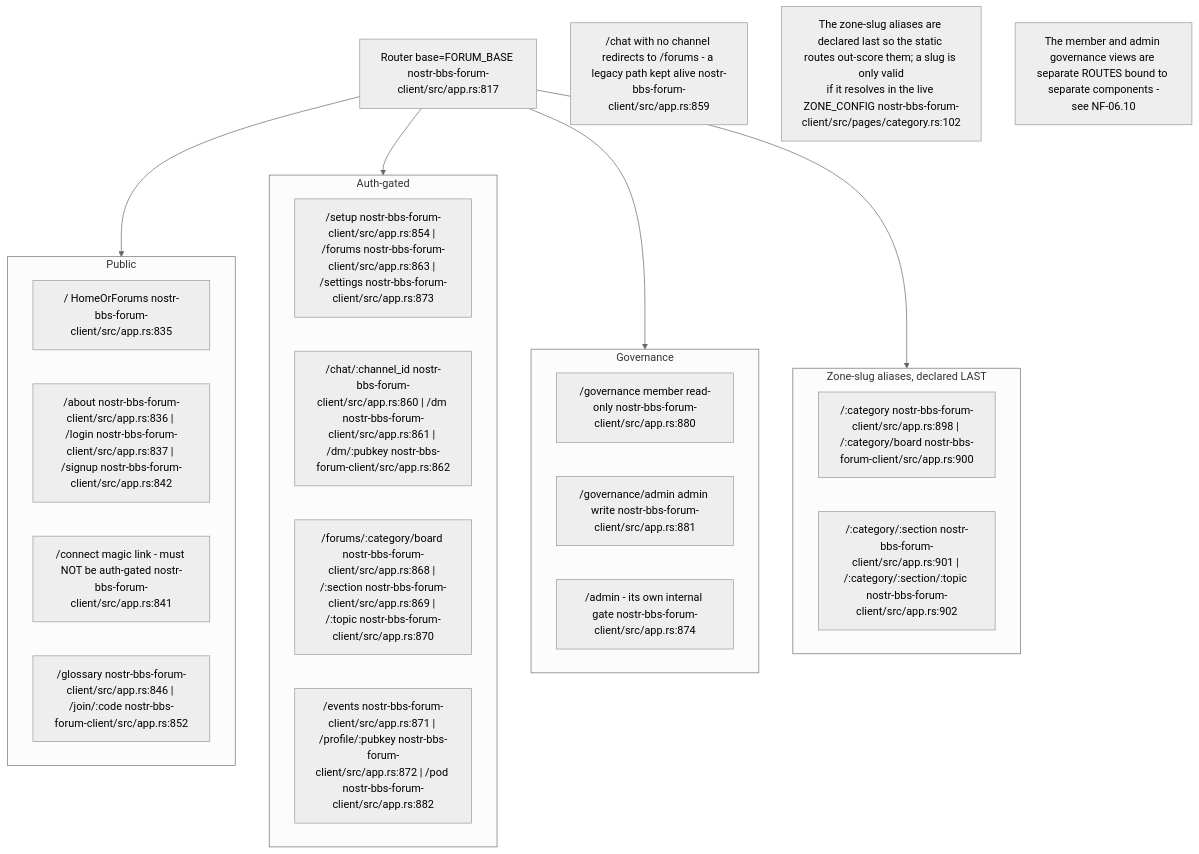
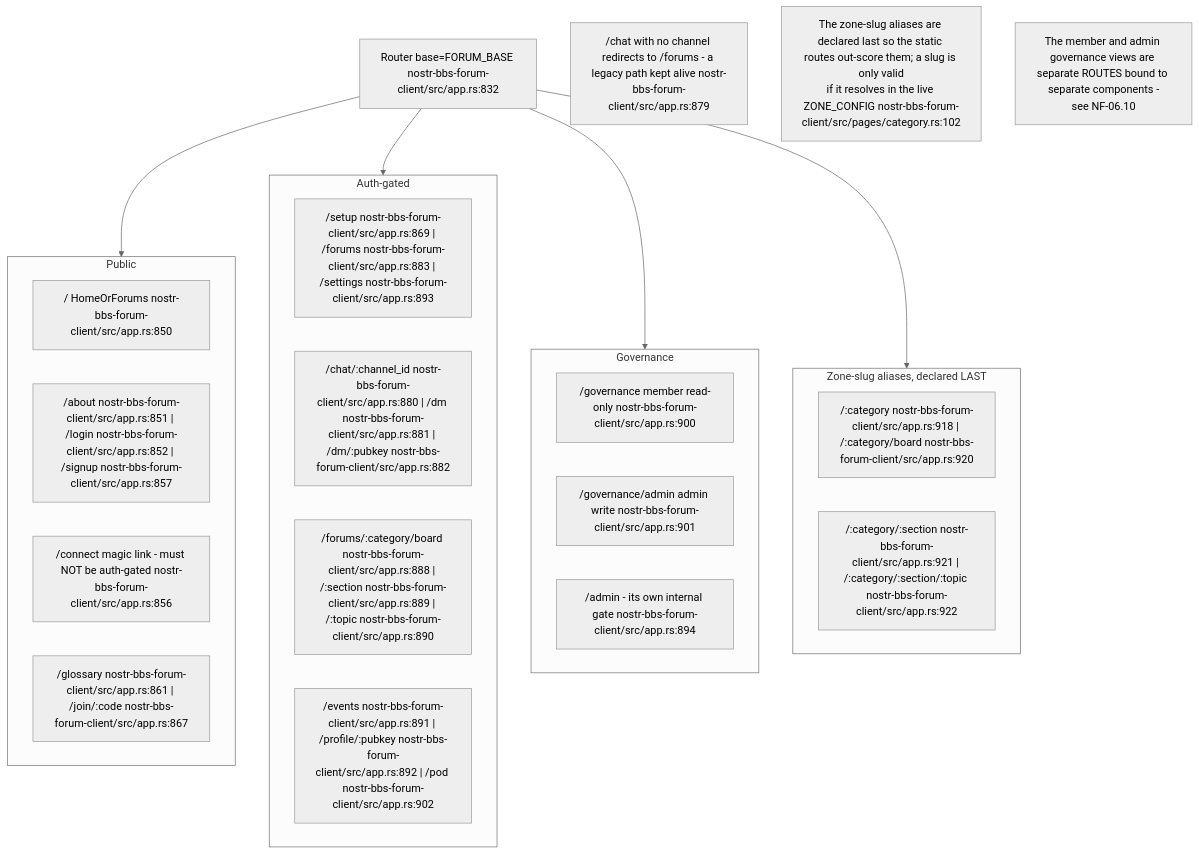
One commit to DreamLab-AI/VisionFlow changed the second of 14 diagrams in docs/diagrams/nostr-rust-forum/05-leptos-clients-onboarding-messaging-governance.md. Above: the diagram before and after it, drawn with Mermaid (neutral theme). The commit also changed other lines of this file and 11 other files, not shown here.

````diff
--- a/docs/diagrams/nostr-rust-forum/05-leptos-clients-onboarding-messaging-governance.md
+++ b/docs/diagrams/nostr-rust-forum/05-leptos-clients-onboarding-messaging-governance.md
@@ -85,30 +88,30 @@
 ```mermaid
 flowchart TB
     subgraph pubroutes["Public"]
-        R1["/ HomeOrForums nostr-bbs-forum-client/src/app.rs:835"]
-        R2["/about nostr-bbs-forum-client/src/app.rs:836 | /login nostr-bbs-forum-client/src/app.rs:837 | /signup nostr-bbs-forum-client/src/app.rs:842"]
-        R3["/connect magic link - must NOT be auth-gated nostr-bbs-forum-client/src/app.rs:841"]
-        R4["/glossary nostr-bbs-forum-client/src/app.rs:846 | /join/:code nostr-bbs-forum-client/src/app.rs:852"]
+        R1["/ HomeOrForums nostr-bbs-forum-client/src/app.rs:850"]
+        R2["/about nostr-bbs-forum-client/src/app.rs:851 | /login nostr-bbs-forum-client/src/app.rs:852 | /signup nostr-bbs-forum-client/src/app.rs:857"]
+        R3["/connect magic link - must NOT be auth-gated nostr-bbs-forum-client/src/app.rs:856"]
+        R4["/glossary nostr-bbs-forum-client/src/app.rs:861 | /join/:code nostr-bbs-forum-client/src/app.rs:867"]
     end
     subgraph authed["Auth-gated"]
-        R5["/setup nostr-bbs-forum-client/src/app.rs:854 | /forums nostr-bbs-forum-client/src/app.rs:863 | /settings nostr-bbs-forum-client/src/app.rs:873"]
-        R6["/chat/:channel_id nostr-bbs-forum-client/src/app.rs:860 | /dm nostr-bbs-forum-client/src/app.rs:861 | /dm/:pubkey nostr-bbs-forum-client/src/app.rs:862"]
-        R7["/forums/:category/board nostr-bbs-forum-client/src/app.rs:868 | /:section nostr-bbs-forum-client/src/app.rs:869 | /:topic nostr-bbs-forum-client/src/app.rs:870"]
-        R8["/events nostr-bbs-forum-client/src/app.rs:871 | /profile/:pubkey nostr-bbs-forum-client/src/app.rs:872 | /pod nostr-bbs-forum-client/src/app.rs:882"]
+        R5["/setup nostr-bbs-forum-client/src/app.rs:869 | /forums nostr-bbs-forum-client/src/app.rs:883 | /settings nostr-bbs-forum-client/src/app.rs:893"]
+        R6["/chat/:channel_id nostr-bbs-forum-client/src/app.rs:880 | /dm nostr-bbs-forum-client/src/app.rs:881 | /dm/:pubkey nostr-bbs-forum-client/src/app.rs:882"]
+        R7["/forums/:category/board nostr-bbs-forum-client/src/app.rs:888 | /:section nostr-bbs-forum-client/src/app.rs:889 | /:topic nostr-bbs-forum-client/src/app.rs:890"]
+        R8["/events nostr-bbs-forum-client/src/app.rs:891 | /profile/:pubkey nostr-bbs-forum-client/src/app.rs:892 | /pod nostr-bbs-forum-client/src/app.rs:902"]
     end
     subgraph gov["Governance"]
-        R9["/governance member read-only nostr-bbs-forum-client/src/app.rs:880"]
-        R10["/governance/admin admin write nostr-bbs-forum-client/src/app.rs:881"]
-        R11["/admin - its own internal gate nostr-bbs-forum-client/src/app.rs:874"]
+        R9["/governance member read-only nostr-bbs-forum-client/src/app.rs:900"]
+        R10["/governance/admin admin write nostr-bbs-forum-client/src/app.rs:901"]
+        R11["/admin - its own internal gate nostr-bbs-forum-client/src/app.rs:894"]
     end
     subgraph zonealias["Zone-slug aliases, declared LAST"]
-        R12["/:category nostr-bbs-forum-client/src/app.rs:898 | /:category/board nostr-bbs-forum-client/src/app.rs:900"]
-        R13["/:category/:section nostr-bbs-forum-client/src/app.rs:901 | /:category/:section/:topic nostr-bbs-forum-client/src/app.rs:902"]
+        R12["/:category nostr-bbs-forum-client/src/app.rs:918 | /:category/board nostr-bbs-forum-client/src/app.rs:920"]
+        R13["/:category/:section nostr-bbs-forum-client/src/app.rs:921 | /:category/:section/:topic nostr-bbs-forum-client/src/app.rs:922"]
     end
 
-    ROUTER["Router base=FORUM_BASE nostr-bbs-forum-client/src/app.rs:817"] --> pubroutes & authed & gov & zonealias
+    ROUTER["Router base=FORUM_BASE nostr-bbs-forum-client/src/app.rs:832"] --> pubroutes & authed & gov & zonealias
 
-    N1["/chat with no channel redirects to /forums - a legacy path kept alive nostr-bbs-forum-client/src/app.rs:859"]
+    N1["/chat with no channel redirects to /forums - a legacy path kept alive nostr-bbs-forum-client/src/app.rs:879"]
     N2["The zone-slug aliases are declared last so the static routes out-score them; a slug is only valid<br/>if it resolves in the live ZONE_CONFIG nostr-bbs-forum-client/src/pages/category.rs:102"]
     N3["The member and admin governance views are separate ROUTES bound to separate components -<br/>see NF-06.10"]
 ```
````
